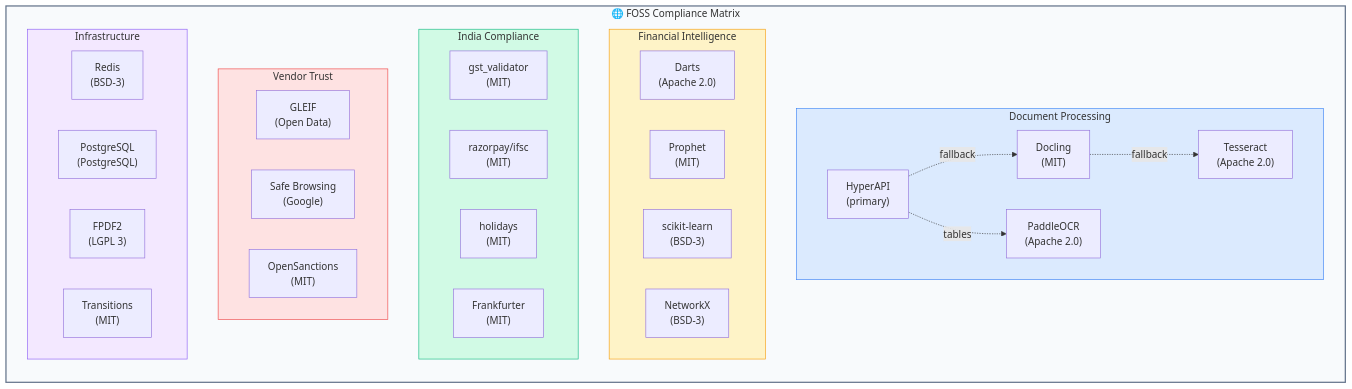
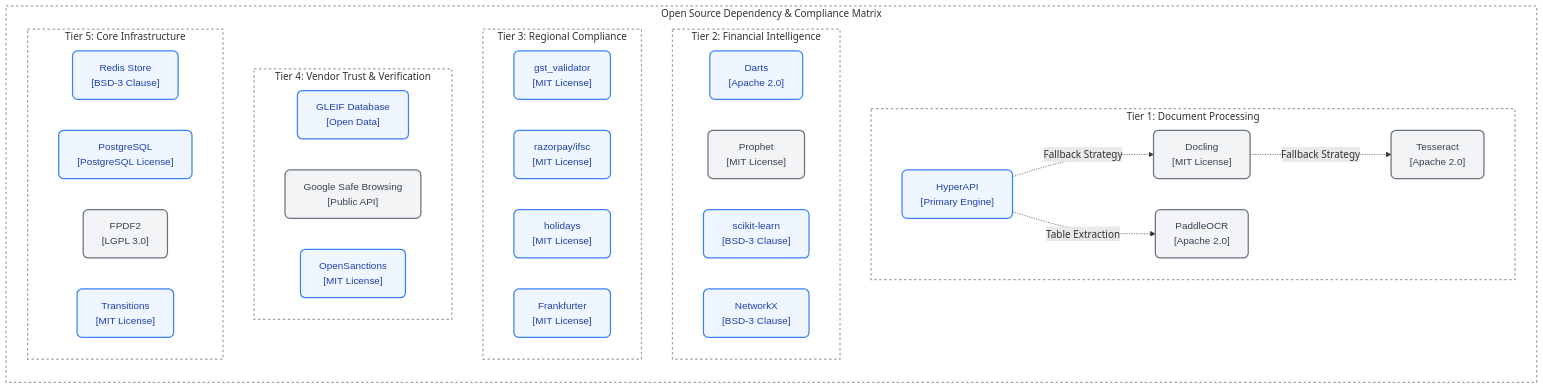
One commit to guglxni/VyapaarClaw changed the diagram in docs/diagrams/foss_matrix.mmd. Above: the diagram before and after it, drawn with Mermaid. The commit also changed 5 other files, not shown here.

First line of the commit message:
docs: upgrade architecture and flow diagrams to professional grade

```diff
--- a/docs/diagrams/foss_matrix.mmd
+++ b/docs/diagrams/foss_matrix.mmd
@@ -1,44 +1,50 @@
 graph TD
-    subgraph FOSS["🌐 FOSS Compliance Matrix"]
+    %% Professional Component Styling
+    classDef default fill:#FFFFFF,stroke:#333333,stroke-width:2px,color:#333333,font-family:sans-serif;
+    classDef primary fill:#EFF6FF,stroke:#3B82F6,color:#1E40AF,rx:8,ry:8,stroke-width:2px;
+    classDef secondary fill:#F3F4F6,stroke:#6B7280,color:#374151,rx:8,ry:8,stroke-width:2px;
+    classDef tier fill:none,stroke:#9CA3AF,stroke-width:2px,stroke-dasharray: 4 4;
+
+    subgraph MatrixBoundary[Open Source Dependency & Compliance Matrix]
         direction TB
         
-        subgraph Layer1["Document Processing"]
-            HA["HyperAPI<br/>(primary)"] -.->|fallback| DOC["Docling<br/>(MIT)"]
-            DOC -.->|fallback| TESS["Tesseract<br/>(Apache 2.0)"]
-            HA -.->|tables| POCR["PaddleOCR<br/>(Apache 2.0)"]
+        subgraph Layer1[Tier 1: Document Processing]
+            HA["HyperAPI<br/>[Primary Engine]"]:::primary
+            DOC["Docling<br/>[MIT License]"]:::secondary
+            TESS["Tesseract<br/>[Apache 2.0]"]:::secondary
+            POCR["PaddleOCR<br/>[Apache 2.0]"]:::secondary
+            
+            HA -.->|Fallback Strategy| DOC
+            DOC -.->|Fallback Strategy| TESS
+            HA -.->|Table Extraction| POCR
         end
 
-        subgraph Layer2["Financial Intelligence"]
-            DARTS["Darts<br/>(Apache 2.0)"]
-            PROPHET["Prophet<br/>(MIT)"]
-            SKLEARN["scikit-learn<br/>(BSD-3)"]
-            NX["NetworkX<br/>(BSD-3)"]
+        subgraph Layer2[Tier 2: Financial Intelligence]
+            DARTS["Darts<br/>[Apache 2.0]"]:::primary
+            PROPHET["Prophet<br/>[MIT License]"]:::secondary
+            SKLEARN["scikit-learn<br/>[BSD-3 Clause]"]:::primary
+            NX["NetworkX<br/>[BSD-3 Clause]"]:::primary
         end
 
-        subgraph Layer3["India Compliance"]
-            GSTV["gst_validator<br/>(MIT)"]
-            IFSC["razorpay/ifsc<br/>(MIT)"]
-            HOL["holidays<br/>(MIT)"]
-            FRANK["Frankfurter<br/>(MIT)"]
+        subgraph Layer3[Tier 3: Regional Compliance]
+            GSTV["gst_validator<br/>[MIT License]"]:::primary
+            IFSC["razorpay/ifsc<br/>[MIT License]"]:::primary
+            HOL["holidays<br/>[MIT License]"]:::primary
+            FRANK["Frankfurter<br/>[MIT License]"]:::primary
         end
 
-        subgraph Layer4["Vendor Trust"]
-            GLEIF2["GLEIF<br/>(Open Data)"]
-            SB["Safe Browsing<br/>(Google)"]
-            OS["OpenSanctions<br/>(MIT)"]
+        subgraph Layer4[Tier 4: Vendor Trust & Verification]
+            GLEIF2["GLEIF Database<br/>[Open Data]"]:::primary
+            SB["Google Safe Browsing<br/>[Public API]"]:::secondary
+            OS["OpenSanctions<br/>[MIT License]"]:::primary
         end
 
-        subgraph Layer5["Infrastructure"]
-            REDIS["Redis<br/>(BSD-3)"]
-            PG["PostgreSQL<br/>(PostgreSQL)"]
-            FPDF["FPDF2<br/>(LGPL 3)"]
-            TRANS["Transitions<br/>(MIT)"]
+        subgraph Layer5[Tier 5: Core Infrastructure]
+            REDIS["Redis Store<br/>[BSD-3 Clause]"]:::primary
+            PG["PostgreSQL<br/>[PostgreSQL License]"]:::primary
+            FPDF["FPDF2<br/>[LGPL 3.0]"]:::secondary
+            TRANS["Transitions<br/>[MIT License]"]:::primary
         end
     end
 
-    style FOSS fill:#f8fafc,stroke:#64748b,stroke-width:2px
-    style Layer1 fill:#dbeafe,stroke:#3b82f6
-    style Layer2 fill:#fef3c7,stroke:#f59e0b
-    style Layer3 fill:#d1fae5,stroke:#10b981
-    style Layer4 fill:#fee2e2,stroke:#ef4444
-    style Layer5 fill:#f3e8ff,stroke:#8b5cf6
+    class MatrixBoundary,Layer1,Layer2,Layer3,Layer4,Layer5 tier
```
